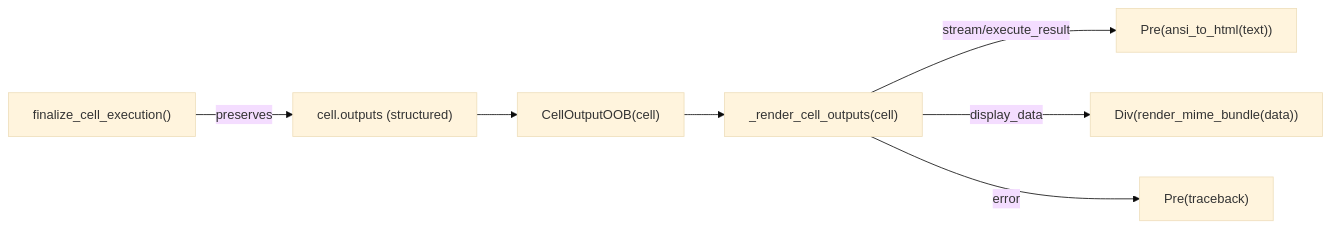
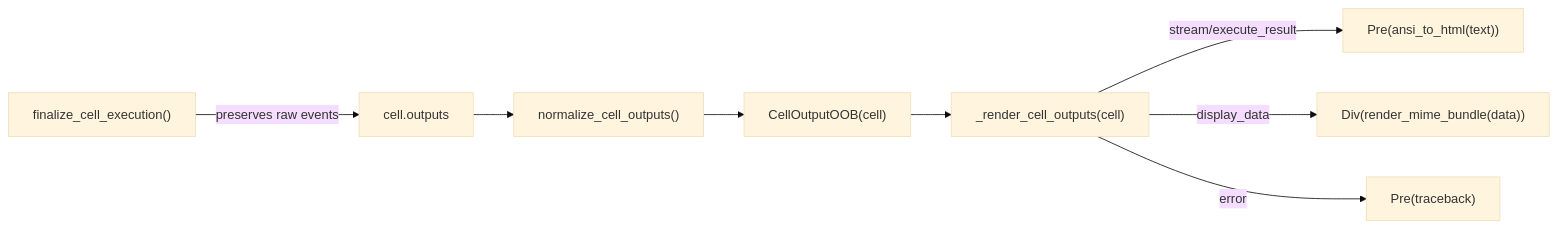
One commit to sgaseretto/solveish changed the eighth of 9 diagrams in docs/how_it_works/04_kernel_execution.md. Above: the diagram before and after it, drawn with Mermaid (base theme). The commit also changed other lines of this file and 29 other files, not shown here.

````diff
--- a/docs/how_it_works/04_kernel_execution.md
+++ b/docs/how_it_works/04_kernel_execution.md
@@ -400,9 +498,10 @@
 ```mermaid
 graph LR
-    FC["finalize_cell_execution()"] -->|"preserves"| CO["cell.outputs (structured)"]
-    CO --> OOB["CellOutputOOB(cell)"]
+    FC["finalize_cell_execution()"] -->|"preserves raw events"| CO["cell.outputs"]
+    CO --> NORM["normalize_cell_outputs()"]
+    NORM --> OOB["CellOutputOOB(cell)"]
     OOB --> RCO["_render_cell_outputs(cell)"]
     RCO -->|"stream/execute_result"| PRE["Pre(ansi_to_html(text))"]
     RCO -->|"display_data"| DIV["Div(render_mime_bundle(data))"]
     RCO -->|"error"| ERR["Pre(traceback)"]
 ```
````
